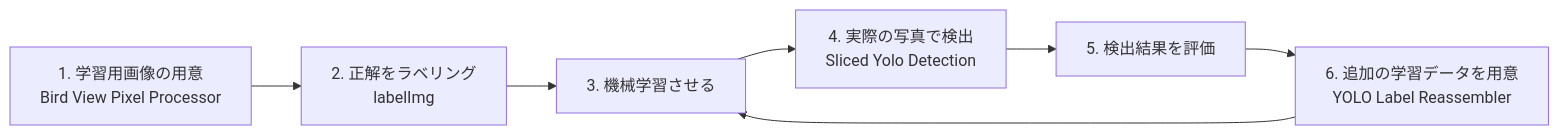
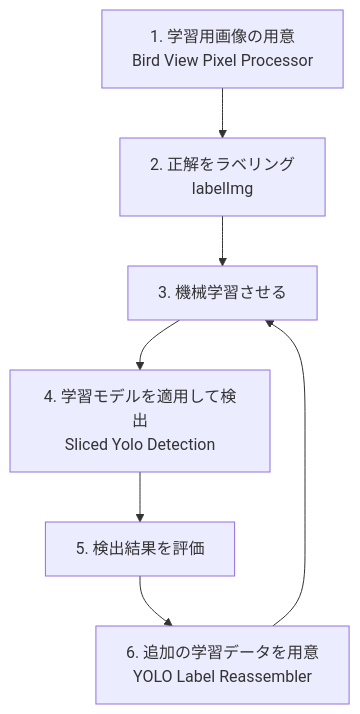
Before and after one commit to dante-12/bird-detection: the diagram in README.md, drawn with Mermaid. The commit also changed other lines of this file, not shown here.

````diff
--- a/README.md
+++ b/README.md
@@ -17,9 +9,9 @@
 ```mermaid
-flowchart LR
+flowchart TD
     A["1. 学習用画像の用意<br/>Bird View Pixel Processor"] --> B["2. 正解をラベリング<br/>labelImg"]
     B --> C["3. 機械学習させる"]
-    C --> D["4. 実際の写真で検出<br/>Sliced Yolo Detection"]
+    C --> D["4. 学習モデルを適用して検出<br/>Sliced Yolo Detection"]
     D --> E["5. 検出結果を評価"]
     E --> F["6. 追加の学習データを用意<br/>YOLO Label Reassembler"]
     F --> C
 ```
````
